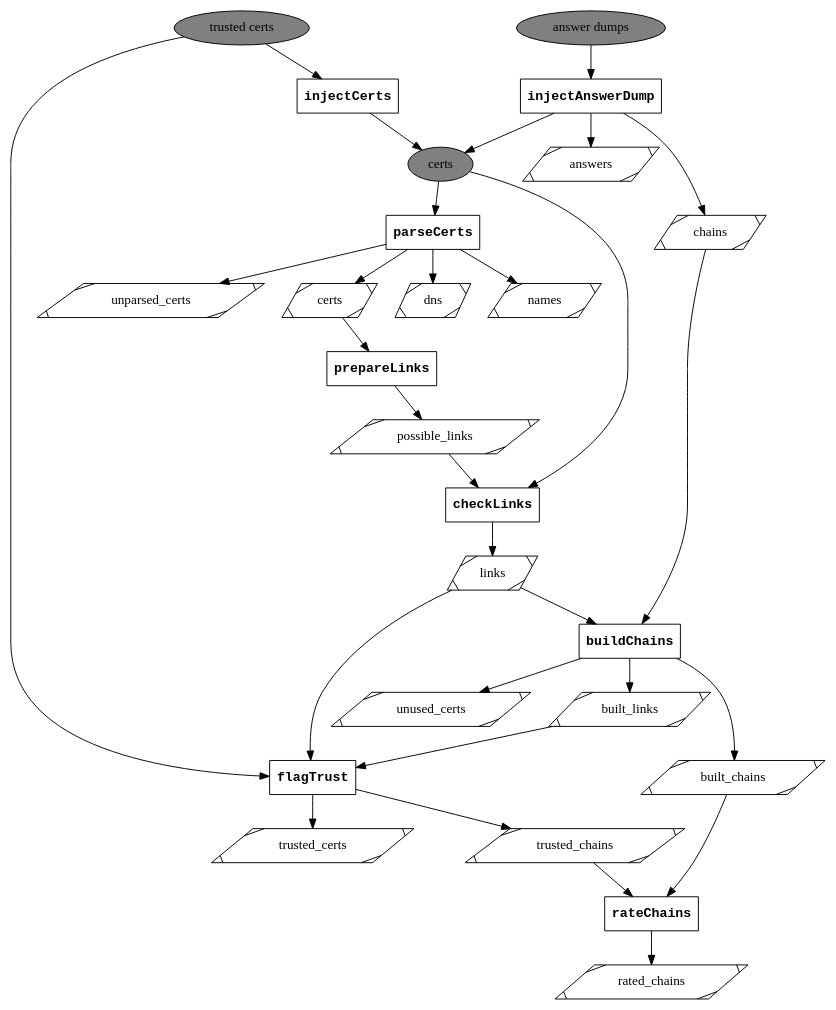
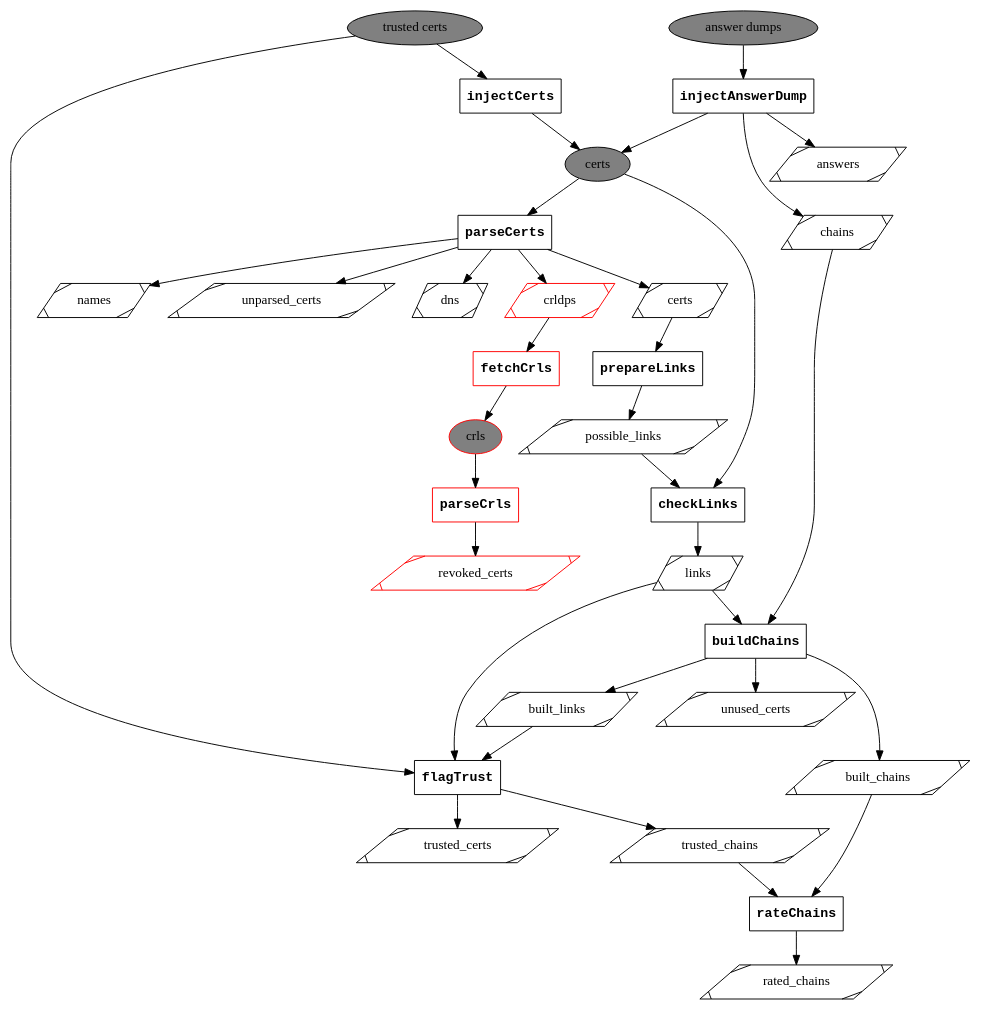
The diagram in doc/analysis-tools.dot (picty/concerto), drawn with Graphviz before and after one commit. The commit also changed 6 other files, not shown here.

Commit message:
Add fetch/parseCrls to concerto.

```diff
--- a/doc/analysis-tools.dot
+++ b/doc/analysis-tools.dot
@@ -1,85 +1,105 @@
 digraph concerto {
 # Programs
   {
     node [shape=box, fontname="Courier-bold"];
     injectAnswerDump;
     injectCerts;
     parseCerts;
     prepareLinks;
     checkLinks;
     buildChains;
     flagTrust;
     rateChains;
+    {
+      node [color=red]
+      fetchCrls;
+      parseCrls;
+    }
   }
 
 
 # CSV
   {
     node [shape=parallelogram, style=diagonals];
     answers;
     chains;
     certs;
     dns;
+    {
+      node [color=red]
+      crldps;
+      revoked_certs;
+    }
     names;
     unparsed_certs;
     possible_links;
     links;
     built_chains;
     built_links;
     unused_certs;
     trusted_certs;
     trusted_chains;
     rated_chains;
   }
 
 
 # Given binary files
   {
     node [fillcolor=grey, style=filled];
     dump_files [label="answer dumps"];
     trusted_cert_files [label="trusted certs"];
     { rank=same; dump_files trusted_cert_files }
   }
 
 # Produced binary files
   {
     node [fillcolor=grey, style=rounded, style=filled]
     cert_files [label="certs"];
+    {
+      node [color=red]
+      crl_files [label="crls"];
+    }
   }
 
 
   dump_files -> injectAnswerDump;
   injectAnswerDump -> answers;
   injectAnswerDump -> chains;
   injectAnswerDump -> cert_files;
 
   trusted_cert_files -> injectCerts -> cert_files;
 
   cert_files -> parseCerts;
   parseCerts -> certs;
   parseCerts -> dns;
   parseCerts -> names;
   parseCerts -> unparsed_certs;
+  parseCerts -> crldps;
 
   certs -> prepareLinks -> possible_links;
 
   possible_links -> checkLinks;
   cert_files -> checkLinks;
   checkLinks -> links;
 
   links -> buildChains;
   chains -> buildChains;
   buildChains -> built_chains;
   buildChains -> built_links;
   buildChains -> unused_certs;
 
   trusted_cert_files -> flagTrust;
   links -> flagTrust;
   built_links -> flagTrust;
   flagTrust -> trusted_certs;
   flagTrust -> trusted_chains;
 
   built_chains -> rateChains;
   trusted_chains -> rateChains;
   rateChains -> rated_chains;
+
+  crldps -> fetchCrls;
+  fetchCrls -> crl_files;
+  crl_files -> parseCrls;
+  parseCrls -> revoked_certs;
 }
```
